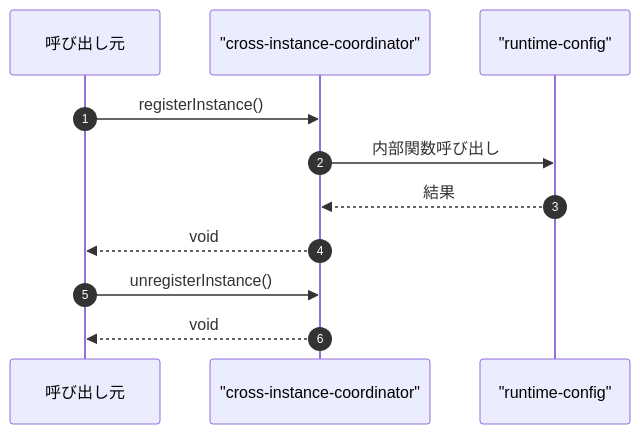
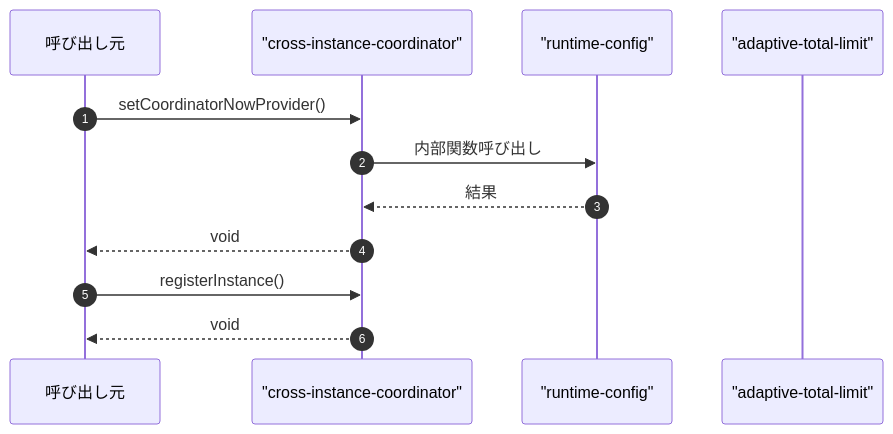
Before and after one commit to Mekann2904/mekann: the fourth of 4 diagrams in ABDD/.pi/lib/cross-instance-coordinator.md, drawn with Mermaid. The commit also changed other lines of this file and 205 other files, not shown here.

````diff
--- a/ABDD/.pi/lib/cross-instance-coordinator.md
+++ b/ABDD/.pi/lib/cross-instance-coordinator.md
@@ -215,15 +226,16 @@
 ```mermaid
 sequenceDiagram
   autonumber
   participant Caller as 呼び出し元
   participant cross_instance_coordinator as "cross-instance-coordinator"
   participant runtime_config as "runtime-config"
+  participant adaptive_total_limit as "adaptive-total-limit"
 
-  Caller->>cross_instance_coordinator: registerInstance()
+  Caller->>cross_instance_coordinator: setCoordinatorNowProvider()
   cross_instance_coordinator->>runtime_config: 内部関数呼び出し
   runtime_config-->>cross_instance_coordinator: 結果
   cross_instance_coordinator-->>Caller: void
 
-  Caller->>cross_instance_coordinator: unregisterInstance()
+  Caller->>cross_instance_coordinator: registerInstance()
   cross_instance_coordinator-->>Caller: void
 ```
````
